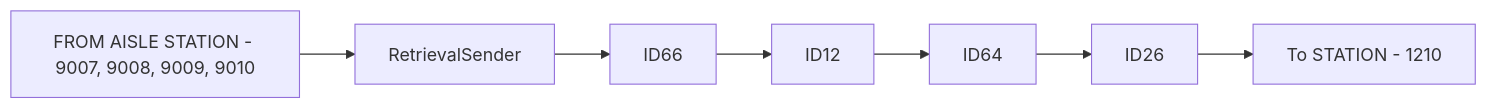
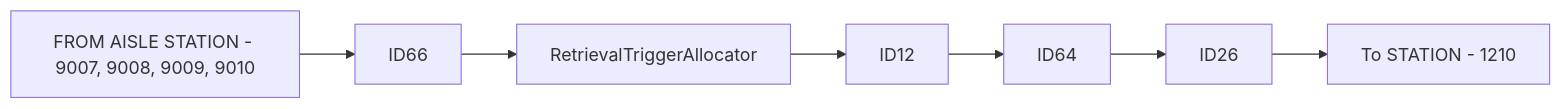
Before and after one commit to luthfiadityaa/SimeDarby-Wiki: the first of 2 diagrams in Basic-Design/DFD-WMS/Retrieval/Stacked-Empty-Pallet.md, drawn with Mermaid.

Commit message:
Updated Stacked Empty Pallet

```diff
--- a/Basic-Design/DFD-WMS/Retrieval/Stacked-Empty-Pallet.md
+++ b/Basic-Design/DFD-WMS/Retrieval/Stacked-Empty-Pallet.md
@@ -5,5 +5,5 @@
 ::: mermaid
 flowchart LR
   
-P1[FROM AISLE STATION - 9007, 9008, 9009, 9010]-->P2[RetrievalSender]-->P3[ID66]-->P4[ID12]-->P5[ID64]-->P7[ID26]-->P8[To STATION - 1210] 
+P1[FROM AISLE STATION - 9007, 9008, 9009, 9010]-->P2[ID66]-->P3[RetrievalTriggerAllocator]-->P4[ID12]-->P5[ID64]-->P7[ID26]-->P8[To STATION - 1210] 
 :::
```
